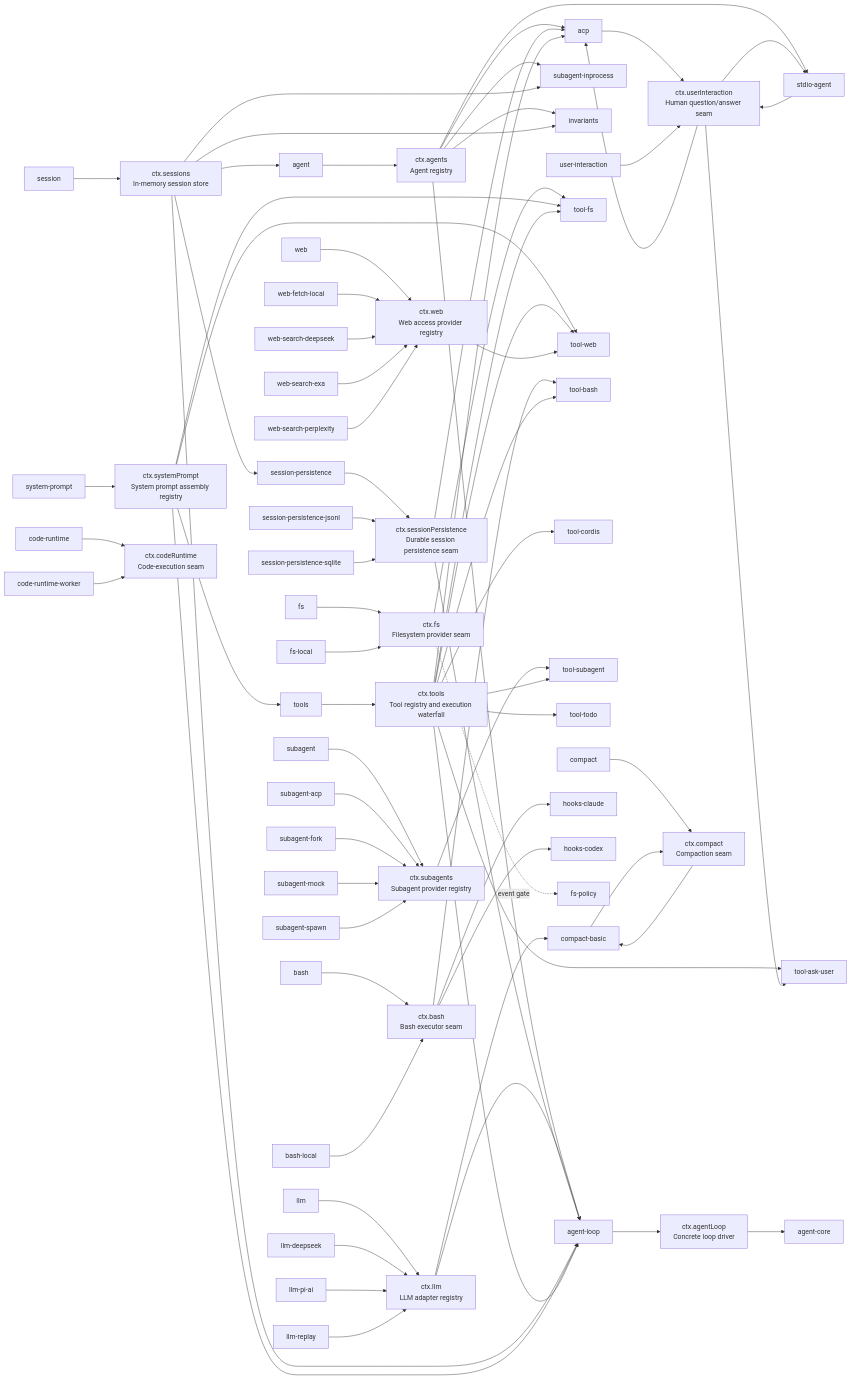
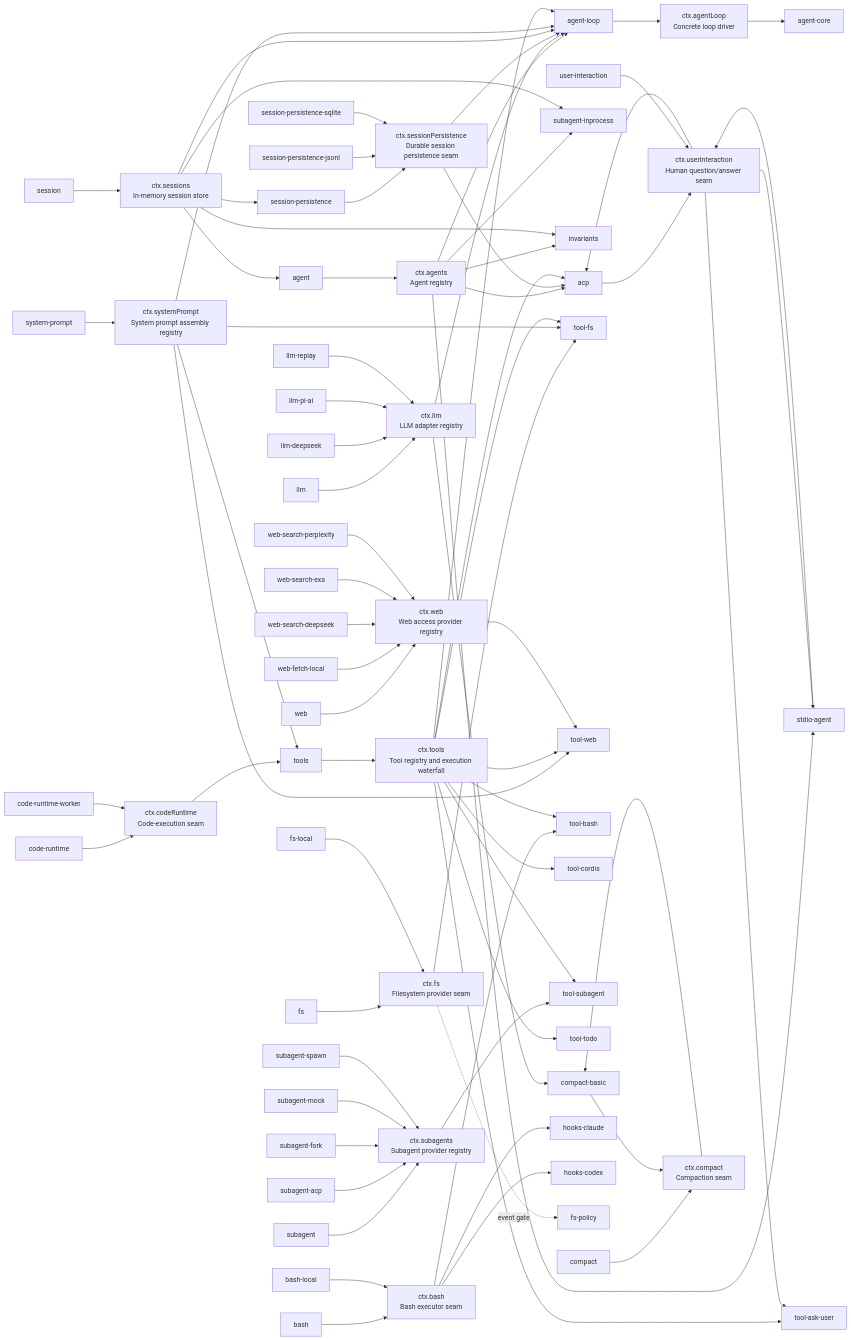
Before and after one commit to eru123/coco-harness: the diagram in docs/capability-seams.md, drawn with Mermaid. The commit also changed other lines of this file and 59 other files, not shown here.

First line of the commit message:
Merge pull request #211 from deepseek-harness/code-mode-tools

```diff
--- a/docs/capability-seams.md
+++ b/docs/capability-seams.md
@@ -109,6 +109,7 @@
   svc_bash --> pkg_hooks_claude
   svc_bash --> pkg_hooks_codex
   svc_bash --> pkg_tool_bash
+  svc_codeRuntime --> pkg_tools
   svc_compact --> pkg_compact_basic
   svc_fs --> pkg_tool_fs
   svc_llm --> pkg_agent_loop
```
